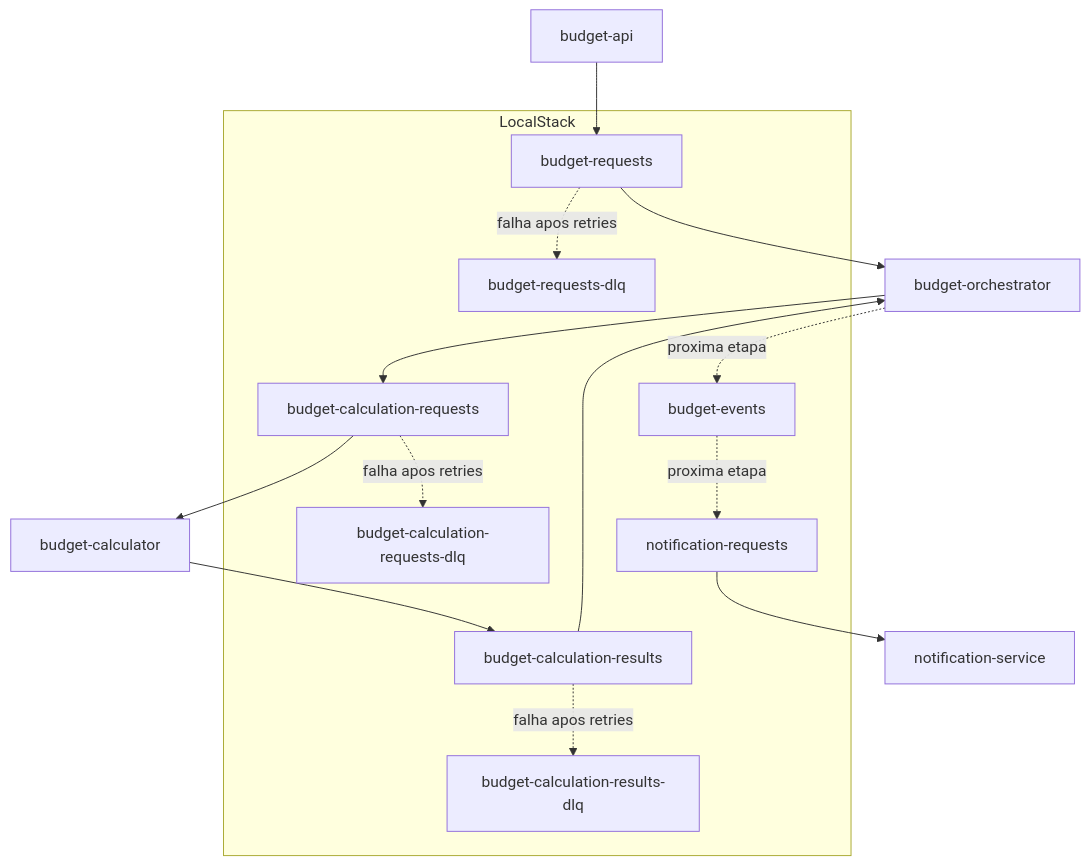
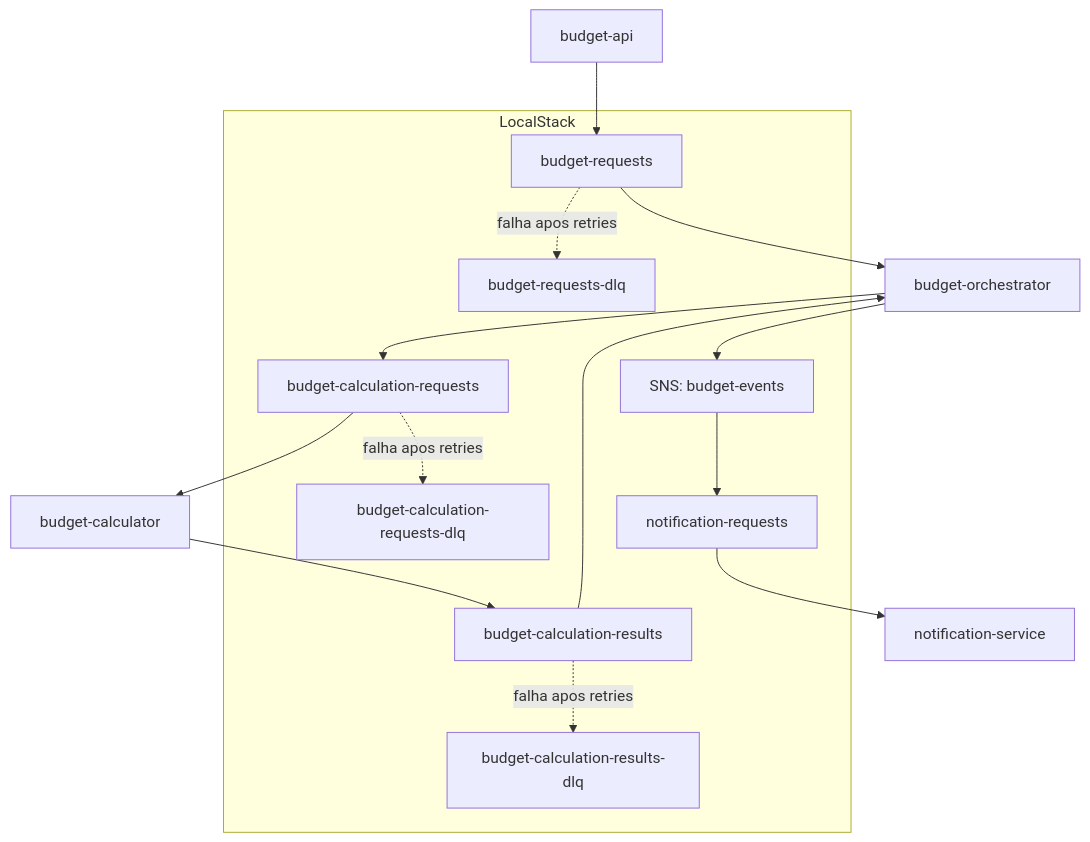
One commit to RicardoRAlves/Orcamento_Microservice changed the third of 4 diagrams in README.md. Above: the diagram before and after it, drawn with Mermaid. The commit also changed other lines of this file and 11 other files, not shown here.

````diff
--- a/README.md
+++ b/README.md
@@ -198,26 +204,26 @@
 ```mermaid
 flowchart TB
     subgraph LocalStack
         BR[budget-requests]
         BRDLQ[budget-requests-dlq]
         CR[budget-calculation-requests]
         CRDLQ[budget-calculation-requests-dlq]
         RS[budget-calculation-results]
         RSDLQ[budget-calculation-results-dlq]
-        BE[budget-events]
+        BE[SNS: budget-events]
         NR[notification-requests]
     end
 
     API[budget-api] --> BR
     BR --> Orchestrator[budget-orchestrator]
     BR -. falha apos retries .-> BRDLQ
     Orchestrator --> CR
     CR --> Calculator[budget-calculator]
     CR -. falha apos retries .-> CRDLQ
     Calculator --> RS
     RS --> Orchestrator
     RS -. falha apos retries .-> RSDLQ
-    Orchestrator -. proxima etapa .-> BE
-    BE -. proxima etapa .-> NR
+    Orchestrator --> BE
+    BE --> NR
     NR --> Notifications[notification-service]
 ```
````
